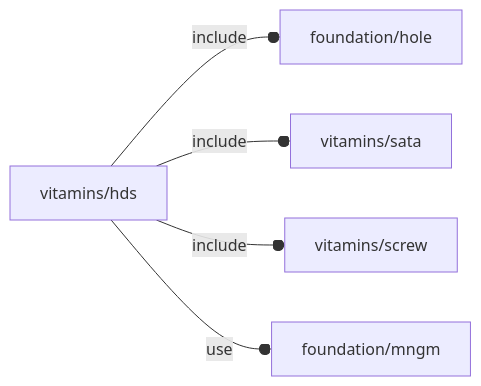
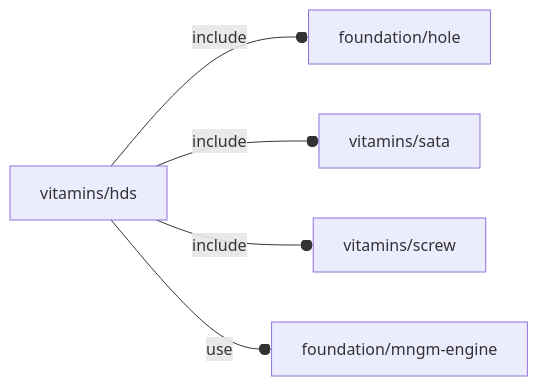
The diagram in orthodocs/vitamins/hds.md (ggabbiani/OFL), drawn with Mermaid before and after one commit. The commit also changed 65 other files, not shown here.

Commit message:
foundation/mngm.scad renamed as foundation/mngm-engine.scad

````diff
--- a/orthodocs/vitamins/hds.md
+++ b/orthodocs/vitamins/hds.md
@@ -5,7 +5,7 @@
 ```mermaid
 graph LR
     A1[vitamins/hds] --o|include| A2[foundation/hole]
     A1 --o|include| A3[vitamins/sata]
     A1 --o|include| A4[vitamins/screw]
-    A1 --o|use| A5[foundation/mngm]
+    A1 --o|use| A5[foundation/mngm-engine]
 ```
````
